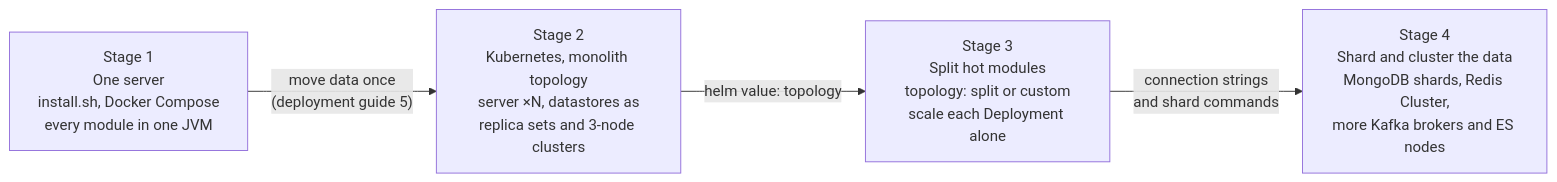
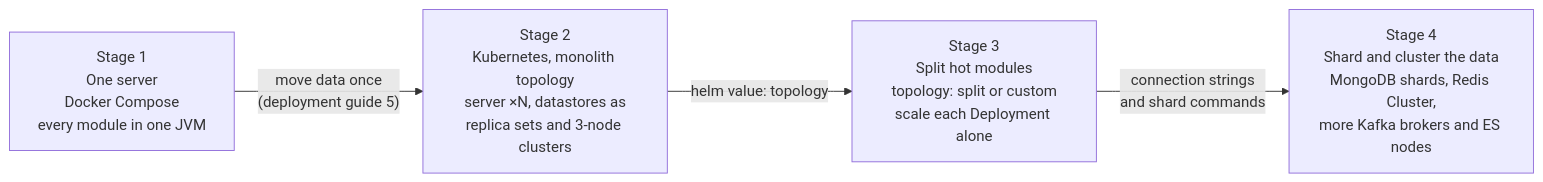
One commit to ilyaslabs/foodstack changed the fourth of 4 diagrams in docs/architecture/08-scaling.md. Above: the diagram before and after it, drawn with Mermaid. The commit also changed other lines of this file and 105 other files, not shown here.

First line of the commit message:
Docker Compose replaces the unit deployer; per-service settings; migration guide (#18)

````diff
--- a/docs/architecture/08-scaling.md
+++ b/docs/architecture/08-scaling.md
@@ -117,10 +117,10 @@
 ```mermaid
 flowchart LR
-    S1["Stage 1<br/>One server<br/>install.sh, Docker Compose<br/>every module in one JVM"]
+    S1["Stage 1<br/>One server<br/>Docker Compose<br/>every module in one JVM"]
     S2["Stage 2<br/>Kubernetes, monolith topology<br/>server ×N, datastores as<br/>replica sets and 3-node clusters"]
     S3["Stage 3<br/>Split hot modules<br/>topology: split or custom<br/>scale each Deployment alone"]
     S4["Stage 4<br/>Shard and cluster the data<br/>MongoDB shards, Redis Cluster,<br/>more Kafka brokers and ES nodes"]
     S1 -- "move data once<br/>(deployment guide 5)" --> S2
     S2 -- "helm value: topology" --> S3
     S3 -- "connection strings<br/>and shard commands" --> S4
 ```
````
